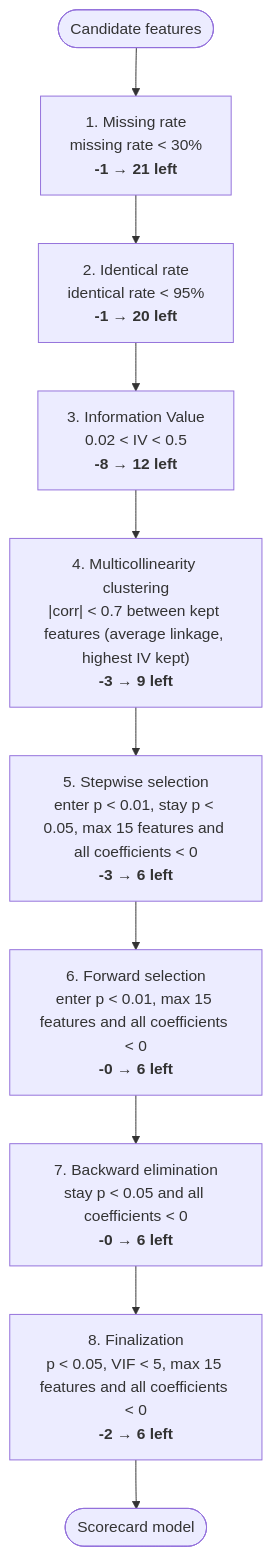
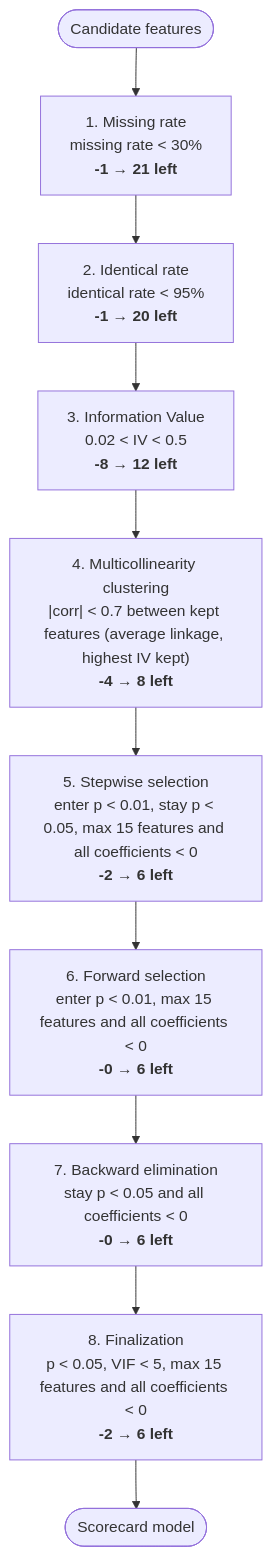
Before and after one commit to gyentov/project_autoScorecard: the diagram in docs/examples/waterfall_report.md, drawn with Mermaid. The commit also changed other lines of this file and 29 other files, not shown here.

````diff
--- a/docs/examples/waterfall_report.md
+++ b/docs/examples/waterfall_report.md
@@ -23,21 +23,21 @@
 ```mermaid
 flowchart TD
     S0(["Candidate features"])
     S1["1. Missing rate<br/>missing rate #lt; 30%<br/><b>-1 → 21 left</b>"]
     S0 --> S1
     S2["2. Identical rate<br/>identical rate #lt; 95%<br/><b>-1 → 20 left</b>"]
     S1 --> S2
     S3["3. Information Value<br/>0.02 #lt; IV #lt; 0.5<br/><b>-8 → 12 left</b>"]
     S2 --> S3
-    S4["4. Multicollinearity clustering<br/>|corr| #lt; 0.7 between kept features (average linkage, highest IV kept)<br/><b>-3 → 9 left</b>"]
+    S4["4. Multicollinearity clustering<br/>|corr| #lt; 0.7 between kept features (average linkage, highest IV kept)<br/><b>-4 → 8 left</b>"]
     S3 --> S4
-    S5["5. Stepwise selection<br/>enter p #lt; 0.01, stay p #lt; 0.05, max 15 features and all coefficients #lt; 0<br/><b>-3 → 6 left</b>"]
+    S5["5. Stepwise selection<br/>enter p #lt; 0.01, stay p #lt; 0.05, max 15 features and all coefficients #lt; 0<br/><b>-2 → 6 left</b>"]
     S4 --> S5
     S6["6. Forward selection<br/>enter p #lt; 0.01, max 15 features and all coefficients #lt; 0<br/><b>-0 → 6 left</b>"]
     S5 --> S6
     S7["7. Backward elimination<br/>stay p #lt; 0.05 and all coefficients #lt; 0<br/><b>-0 → 6 left</b>"]
     S6 --> S7
     S8["8. Finalization<br/>p #lt; 0.05, VIF #lt; 5, max 15 features and all coefficients #lt; 0<br/><b>-2 → 6 left</b>"]
     S7 --> S8
     S8 --> F(["Scorecard model"])
 ```
````
